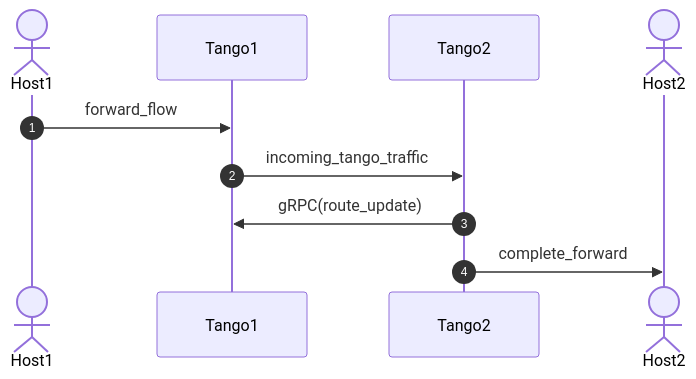
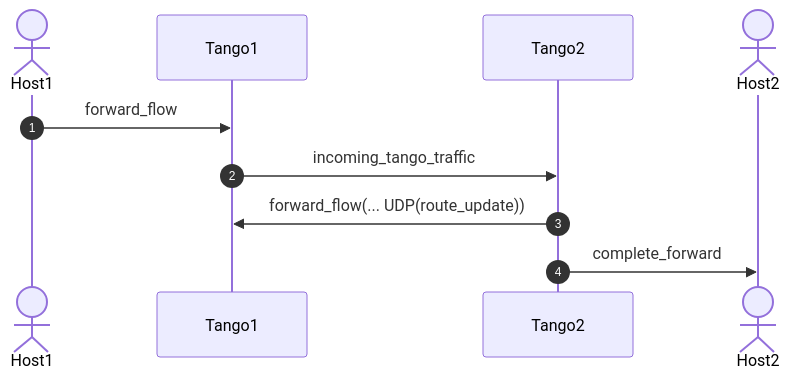
The diagram in headers.md (PrincetonUniversity/tango-routing), drawn with Mermaid before and after one commit.

Commit message:
adjusted diagram

````diff
--- a/headers.md
+++ b/headers.md
@@ -103,10 +103,10 @@
 ```mermaid
 sequenceDiagram
     autonumber
     actor Host1
     Host1->>Tango1: forward_flow
     Tango1->>Tango2: incoming_tango_traffic
-    Tango2->>Tango1: gRPC(route_update)
+    Tango2->>Tango1: forward_flow(... UDP(route_update))
     actor Host2
     Tango2->>Host2: complete_forward
 ```
````
